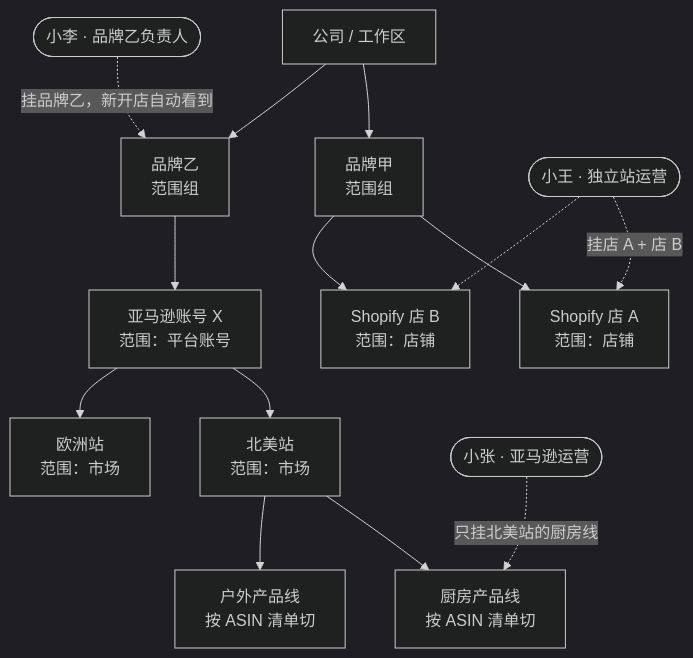
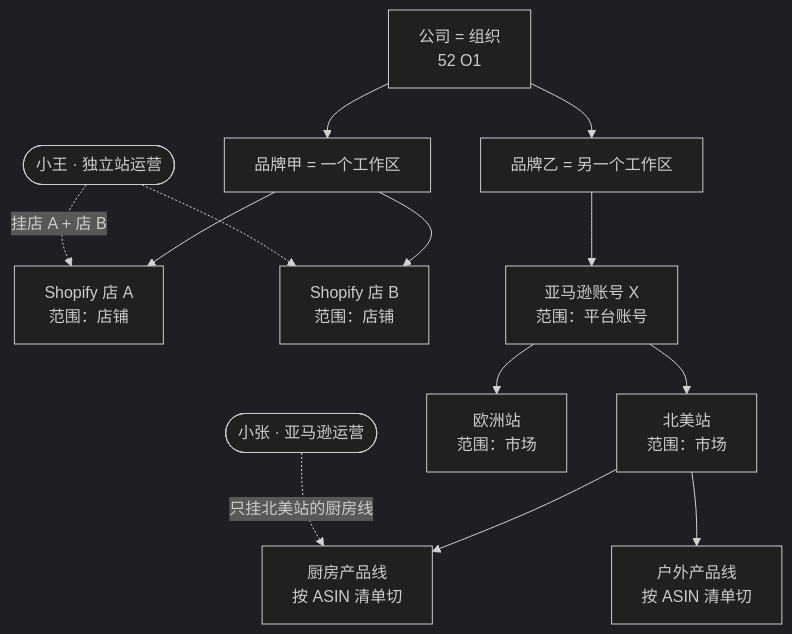
One commit to Luoye-W/agentsws changed the diagram in docs/44-多品牌、多店铺与产品线的范围模型-v1.md. Above: the diagram before and after it, drawn with Mermaid (dark theme). The commit also changed other lines of this file and 7 other files, not shown here.

````diff
--- a/docs/44-多品牌、多店铺与产品线的范围模型-v1.md
+++ b/docs/44-多品牌、多店铺与产品线的范围模型-v1.md
@@ -15,17 +15,16 @@
 ```mermaid
 flowchart TB
-  company[公司 / 工作区]
-  company --> brandA[品牌甲<br/>范围组]
-  company --> brandB[品牌乙<br/>范围组]
+  org[公司 = 组织<br/>52 O1]
+  org --> brandA[品牌甲 = 一个工作区]
+  org --> brandB[品牌乙 = 另一个工作区]
   brandA --> shopA[Shopify 店 A<br/>范围：店铺]
   brandA --> shopB[Shopify 店 B<br/>范围：店铺]
   brandB --> accX[亚马逊账号 X<br/>范围：平台账号]
   accX --> na[北美站<br/>范围：市场]
   accX --> eu[欧洲站<br/>范围：市场]
   na --> kitchen[厨房产品线<br/>按 ASIN 清单切]
   na --> outdoor[户外产品线<br/>按 ASIN 清单切]
   wang([小王 · 独立站运营]) -. 挂店 A + 店 B .-> shopA
   wang -.-> shopB
-  li([小李 · 品牌乙负责人]) -. 挂品牌乙，新开店自动看到 .-> brandB
   zhang([小张 · 亚马逊运营]) -. 只挂北美站的厨房线 .-> kitchen
 ```
````
